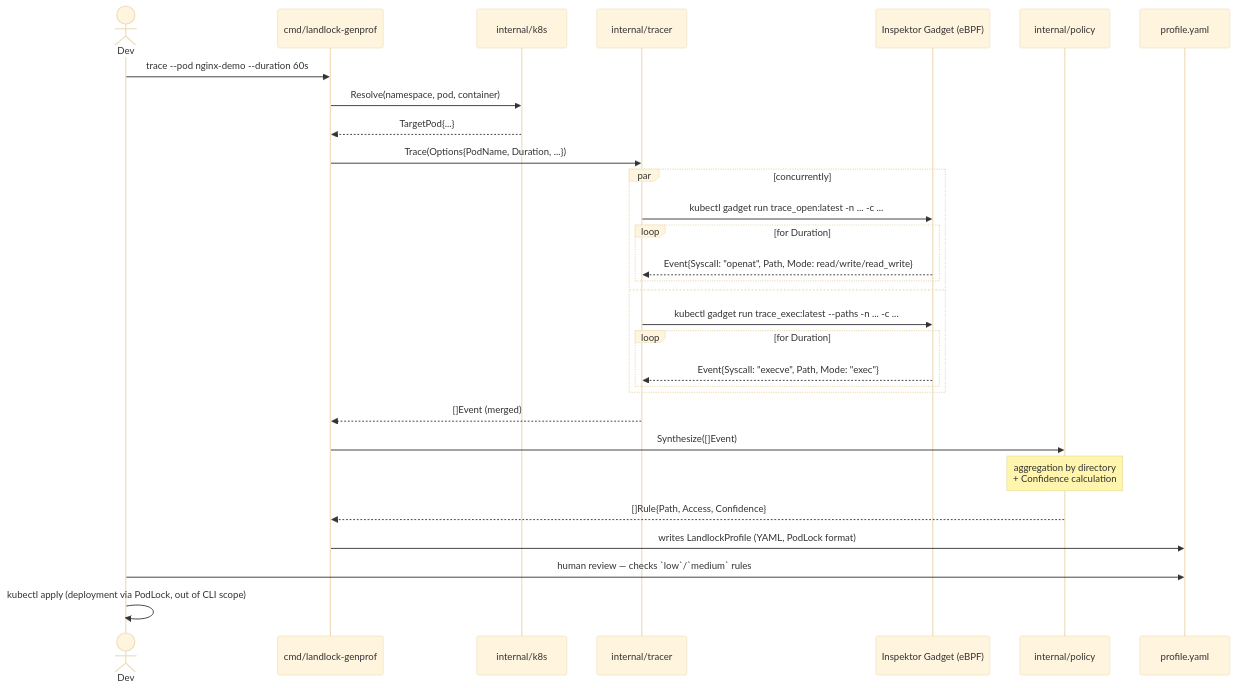
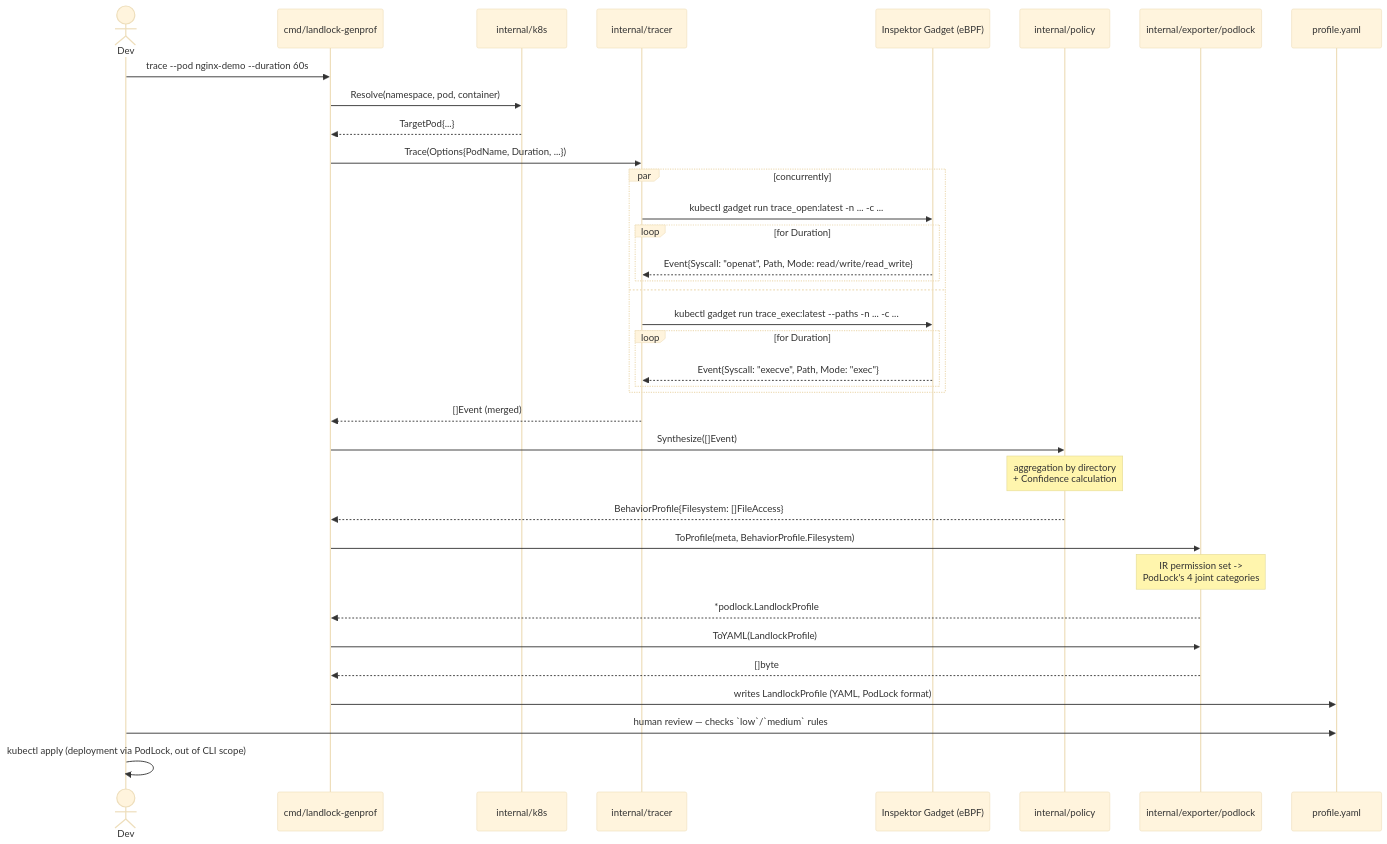
Before and after one commit to idriss-eliguene/landlock-genprof: the second of 3 diagrams in docs/architecture.md, drawn with Mermaid (base theme). The commit also changed other lines of this file and 13 other files, not shown here.

First line of the commit message:
refactor(profile): introduce a Behavior IR, isolate PodLock into an exporter

````diff
--- a/docs/architecture.md
+++ b/docs/architecture.md
@@ -62,33 +66,39 @@
 ```mermaid
 sequenceDiagram
     actor Dev
     participant CLI as cmd/landlock-genprof
     participant K8s as internal/k8s
     participant Tracer as internal/tracer
     participant IG as Inspektor Gadget (eBPF)
     participant Policy as internal/policy
+    participant Exp as internal/exporter/podlock
     participant FS as profile.yaml
 
     Dev->>CLI: trace --pod nginx-demo --duration 60s
     CLI->>K8s: Resolve(namespace, pod, container)
     K8s-->>CLI: TargetPod{...}
     CLI->>Tracer: Trace(Options{PodName, Duration, ...})
     par concurrently
         Tracer->>IG: kubectl gadget run trace_open:latest -n ... -c ...
         loop for Duration
             IG-->>Tracer: Event{Syscall: "openat", Path, Mode: read/write/read_write}
         end
     and
         Tracer->>IG: kubectl gadget run trace_exec:latest --paths -n ... -c ...
         loop for Duration
             IG-->>Tracer: Event{Syscall: "execve", Path, Mode: "exec"}
         end
     end
     Tracer-->>CLI: []Event (merged)
     CLI->>Policy: Synthesize([]Event)
     Note over Policy: aggregation by directory<br/>+ Confidence calculation
-    Policy-->>CLI: []Rule{Path, Access, Confidence}
+    Policy-->>CLI: BehaviorProfile{Filesystem: []FileAccess}
+    CLI->>Exp: ToProfile(meta, BehaviorProfile.Filesystem)
+    Note over Exp: IR permission set -><br/>PodLock's 4 joint categories
+    Exp-->>CLI: *podlock.LandlockProfile
+    CLI->>Exp: ToYAML(LandlockProfile)
+    Exp-->>CLI: []byte
     CLI->>FS: writes LandlockProfile (YAML, PodLock format)
     Dev->>FS: human review — checks `low`/`medium` rules
     Dev->>Dev: kubectl apply (deployment via PodLock, out of CLI scope)
 ```
````
